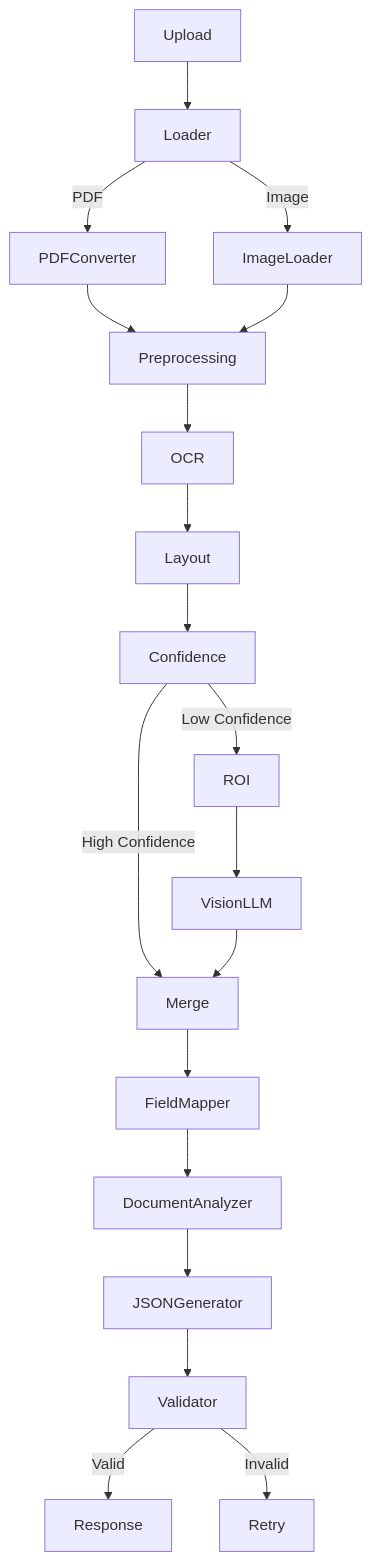
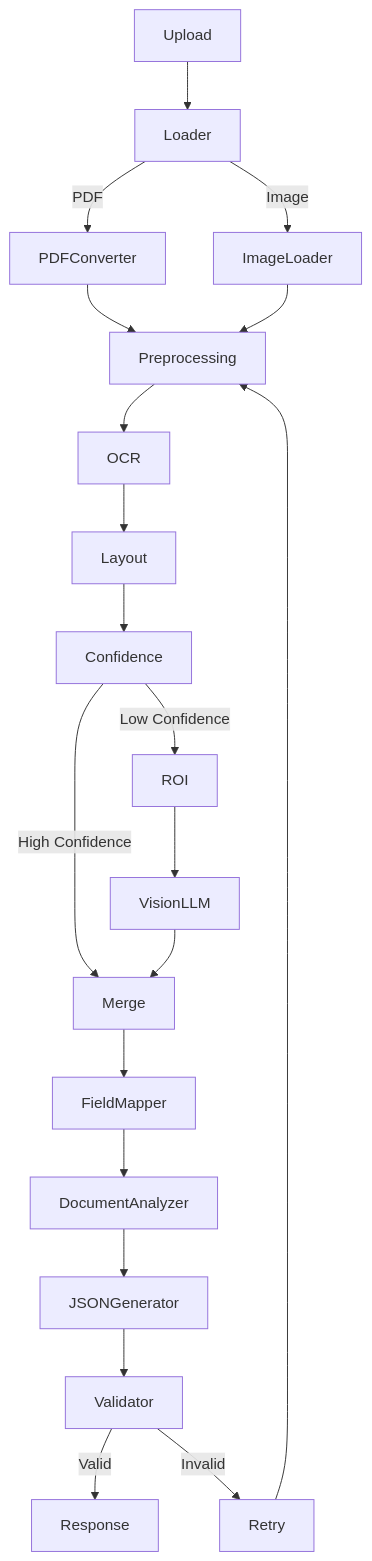
The diagram in README.md (Srishti-1806/OCR), drawn with Mermaid before and after one commit.

Commit message:
Update Validator flow in README

````diff
--- a/README.md
+++ b/README.md
@@ -2,37 +2,37 @@
 ```mermaid
 graph TD
 
 Upload --> Loader
 
 Loader -->|PDF| PDFConverter
 Loader -->|Image| ImageLoader
 
 PDFConverter --> Preprocessing
 ImageLoader --> Preprocessing
 
 Preprocessing --> OCR
 
 OCR --> Layout
 
 Layout --> Confidence
 
 Confidence -->|High Confidence| Merge
 
 Confidence -->|Low Confidence| ROI
 
 ROI --> VisionLLM
 
 VisionLLM --> Merge
 
 Merge --> FieldMapper
 
 FieldMapper --> DocumentAnalyzer
 
 DocumentAnalyzer --> JSONGenerator
 
 JSONGenerator --> Validator
 
 Validator -->|Valid| Response
 
-Validator -->|Invalid| Retry
+Validator -->|Invalid| Retry -->Preprocessing
 ```
````
